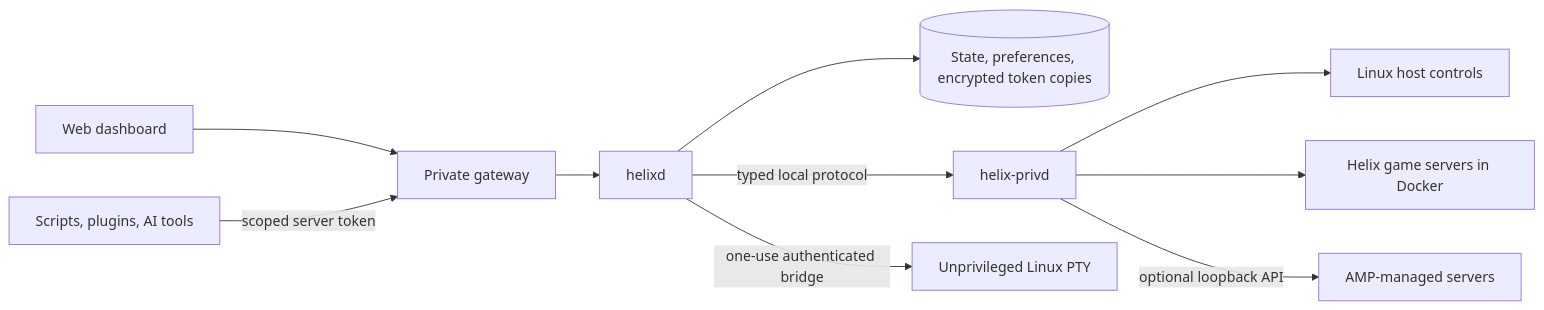
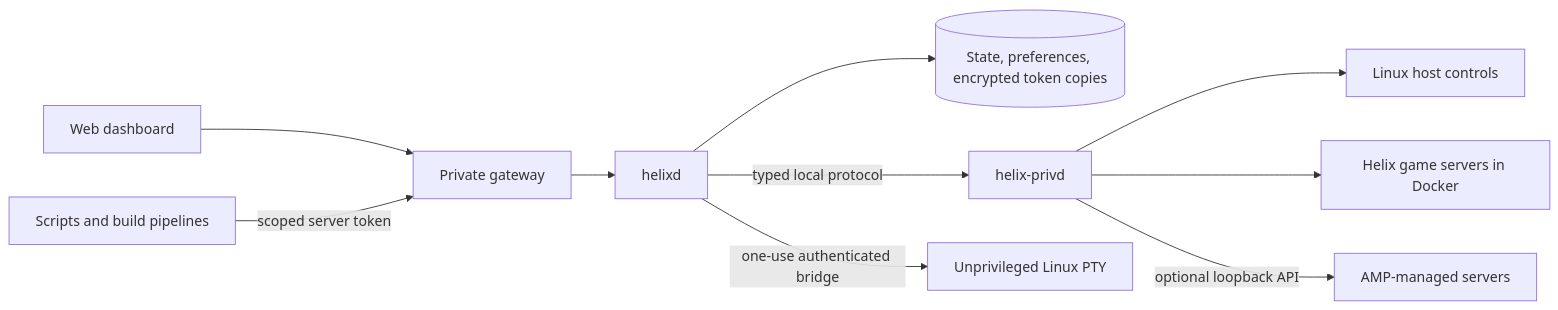
The diagram in README.md (Riqqqque/Helix), drawn with Mermaid before and after one commit. The commit also changed other lines of this file and 49 other files, not shown here.

````diff
--- a/README.md
+++ b/README.md
@@ -179,12 +190,12 @@
 ```mermaid
 flowchart LR
   Browser[Web dashboard] --> Gateway[Private gateway]
-  Tools[Scripts, plugins, AI tools] -->|scoped server token| Gateway
+  Tools[Scripts and build pipelines] -->|scoped server token| Gateway
   Gateway --> Daemon[helixd]
   Daemon --> State[(State, preferences, encrypted token copies)]
   Daemon -->|typed local protocol| Broker[helix-privd]
   Daemon -->|one-use authenticated bridge| Terminal[Unprivileged Linux PTY]
   Broker --> Host[Linux host controls]
   Broker --> Native[Helix game servers in Docker]
   Broker -->|optional loopback API| AMP[AMP-managed servers]
 ```
````
